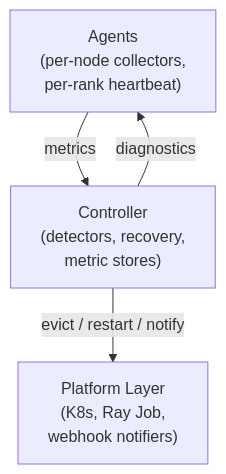
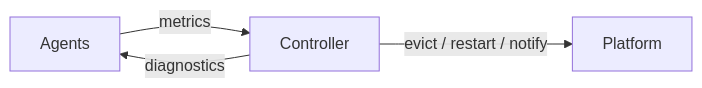
The diagram in miles/utils/ft/README.md (DavidBellamy/miles), drawn with Mermaid before and after one commit.

Commit message:
Switch architecture diagram to horizontal layout, clean up labels

````diff
--- a/miles/utils/ft/README.md
+++ b/miles/utils/ft/README.md
@@ -9,10 +9,10 @@
 ```mermaid
-graph TB
-    Agents["Agents\n(per-node collectors,\nper-rank heartbeat)"]
-    Controller["Controller\n(detectors, recovery,\nmetric stores)"]
-    Platform["Platform Layer\n(K8s, Ray Job,\nwebhook notifiers)"]
+graph LR
+    Agents["Agents"]
+    Controller["Controller"]
+    Platform["Platform"]
 
-    Agents -->|"metrics"| Controller
-    Controller -->|"diagnostics"| Agents
-    Controller -->|"evict / restart / notify"| Platform
+    Agents -- "metrics" --> Controller
+    Controller -- "diagnostics" --> Agents
+    Controller -- "evict / restart / notify" --> Platform
 ```
````
